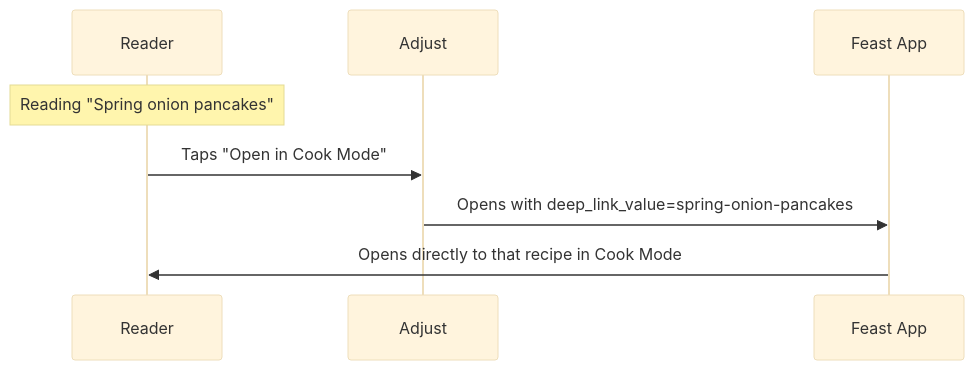
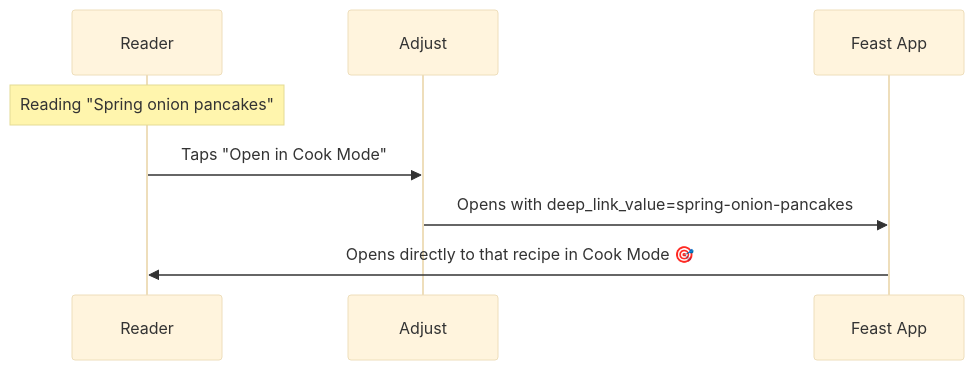
One commit to guardian/dotcom-rendering changed the seventh of 8 diagrams in dotcom-rendering/docs/feast-recipe-nudges.md. Above: the diagram before and after it, drawn with Mermaid (base theme). The commit also changed other lines of this file, not shown here.

Commit message:
Refine Feast Recipe Nudges documentation for clarity and consistency

````diff
--- a/dotcom-rendering/docs/feast-recipe-nudges.md
+++ b/dotcom-rendering/docs/feast-recipe-nudges.md
@@ -292,11 +282,11 @@
 ```mermaid
 sequenceDiagram
     participant Reader
     participant Adjust
     participant App as Feast App
 
     Note over Reader: Reading "Spring onion pancakes"
     Reader->>Adjust: Taps "Open in Cook Mode"
     Adjust->>App: Opens with deep_link_value=spring-onion-pancakes
-    App->>Reader: Opens directly to that recipe in Cook Mode
+    App->>Reader: Opens directly to that recipe in Cook Mode 🎯
 ```
````
